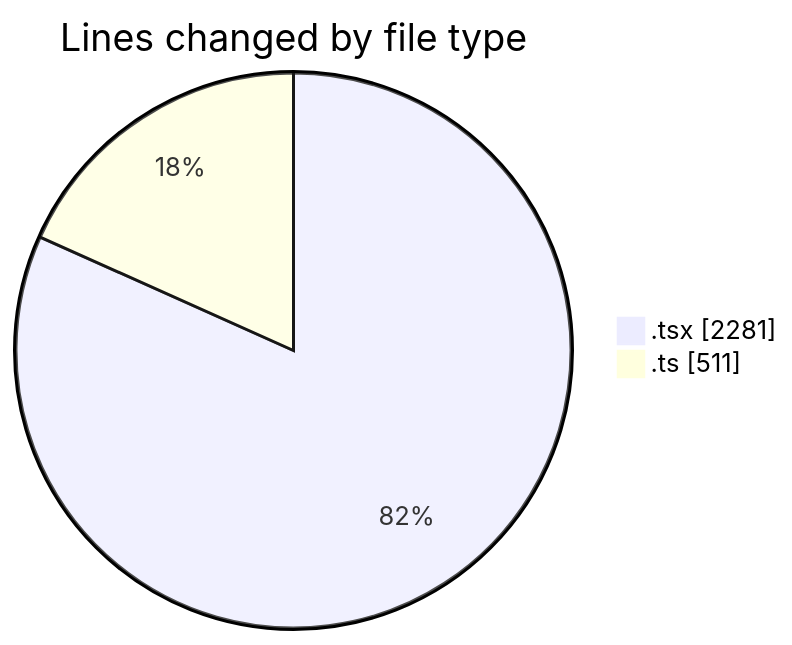
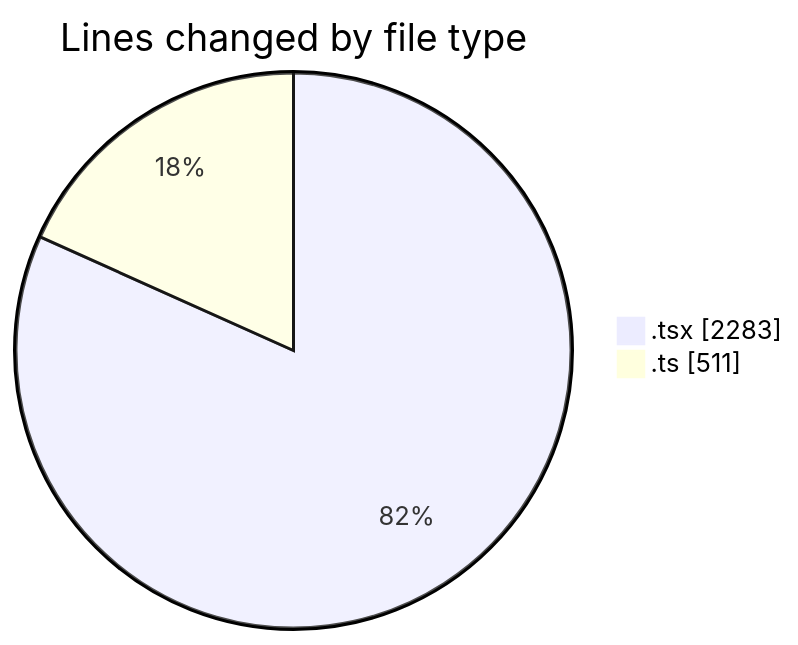
One commit to nxtqubesakshisongat/code-tracking changed the first of 2 diagrams in 2026-02-22/nxtqube_webapp/README.md. Above: the diagram before and after it, drawn with Mermaid. The commit also changed other lines of this file and 1 other file, not shown here.

````diff
--- a/2026-02-22/nxtqube_webapp/README.md
+++ b/2026-02-22/nxtqube_webapp/README.md
@@ -21,6 +22,6 @@
 ```mermaid
 pie showData
 title Lines changed by file type
-".tsx" : 2281
+".tsx" : 2283
 ".ts" : 511
 ```
````
